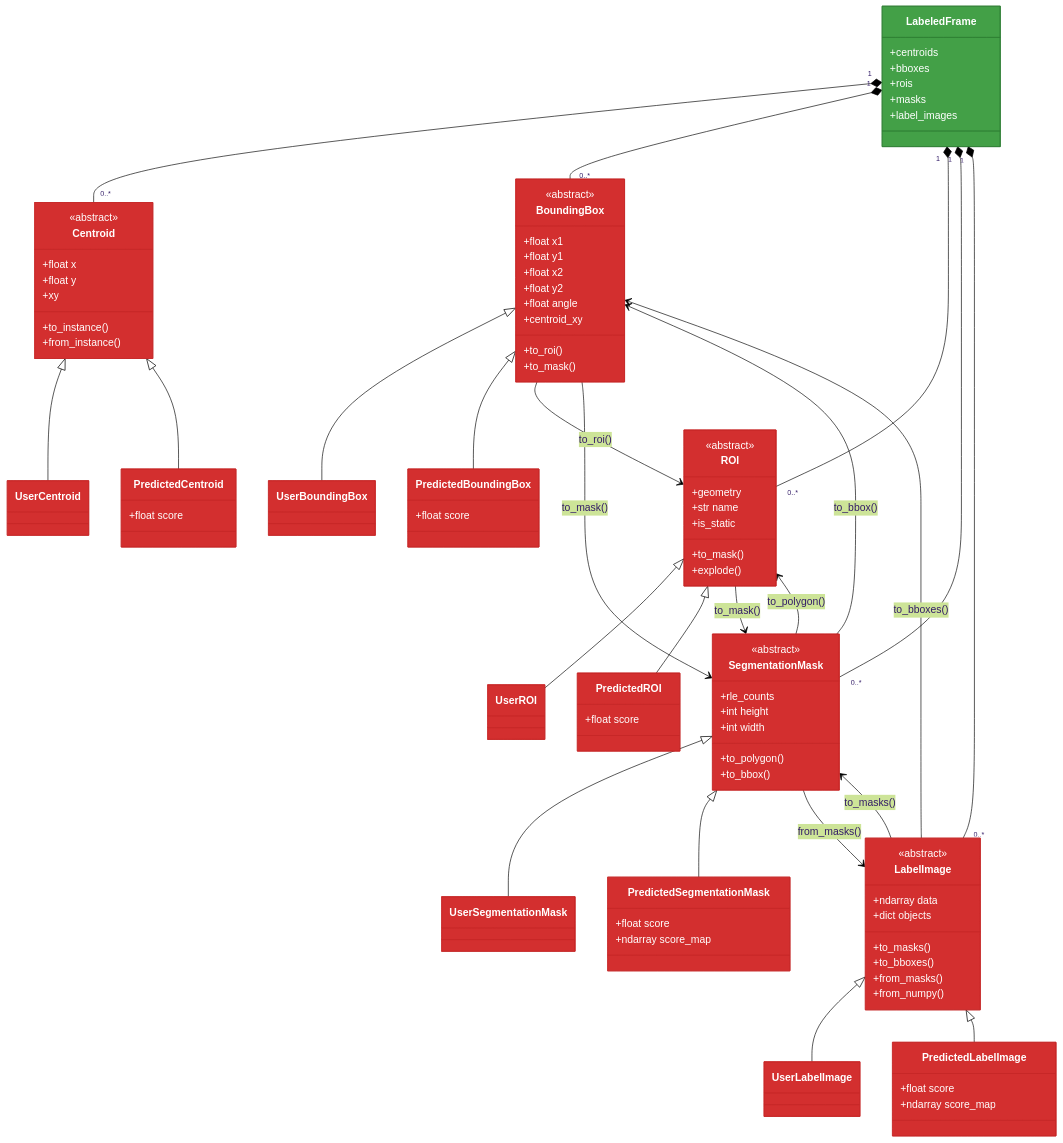
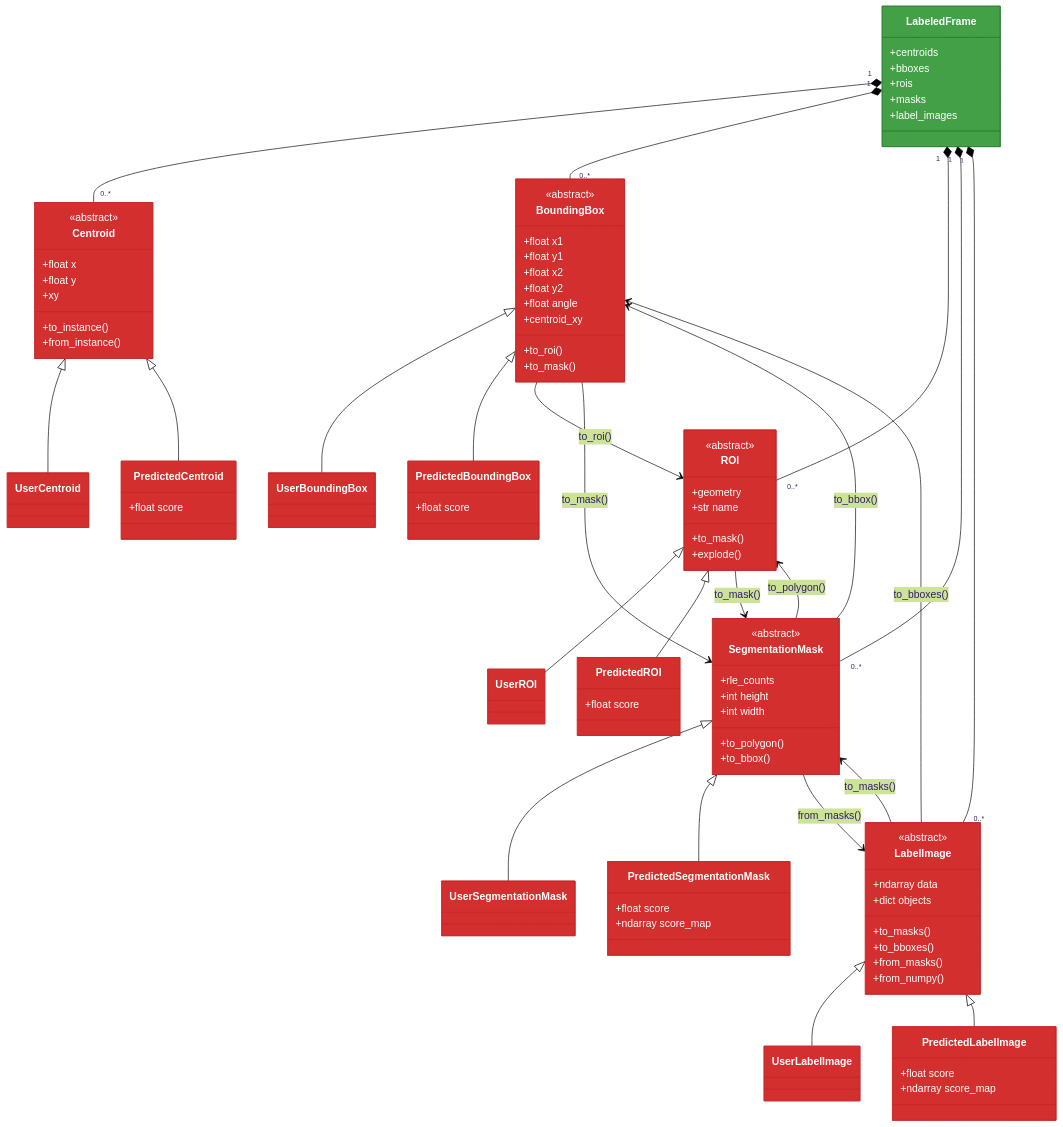
One commit to talmolab/sleap-io changed the diagram in docs/model/regions.md. Above: the diagram before and after it, drawn with Mermaid (forest theme). The commit also changed other lines of this file and 4 other files, not shown here.

```diff
--- a/docs/model/regions.md
+++ b/docs/model/regions.md
@@ -1029,7 +988,6 @@
         <<abstract>>
         +geometry
         +str name
-        +is_static
         +to_mask()
         +explode()
     }
```
